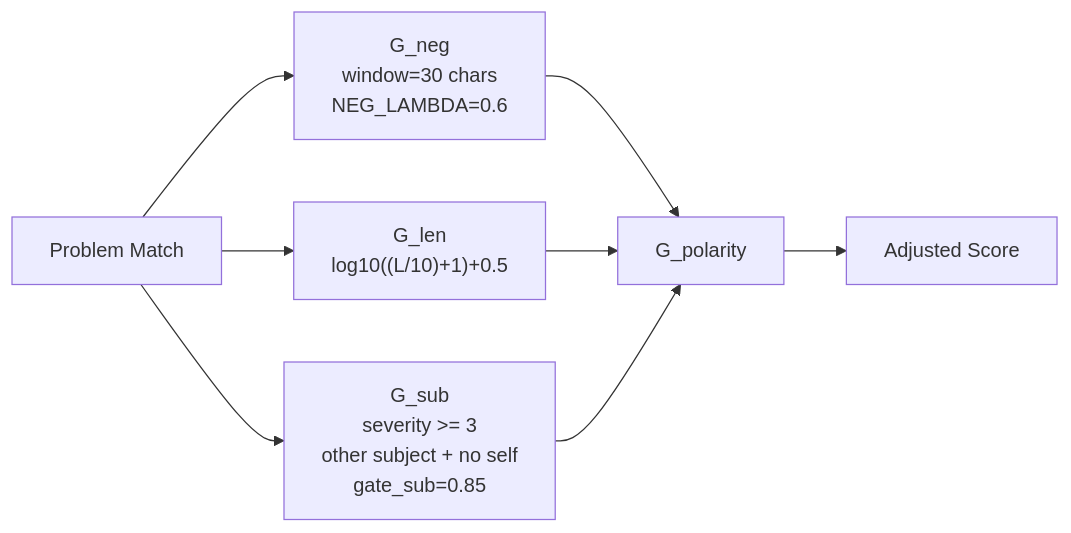
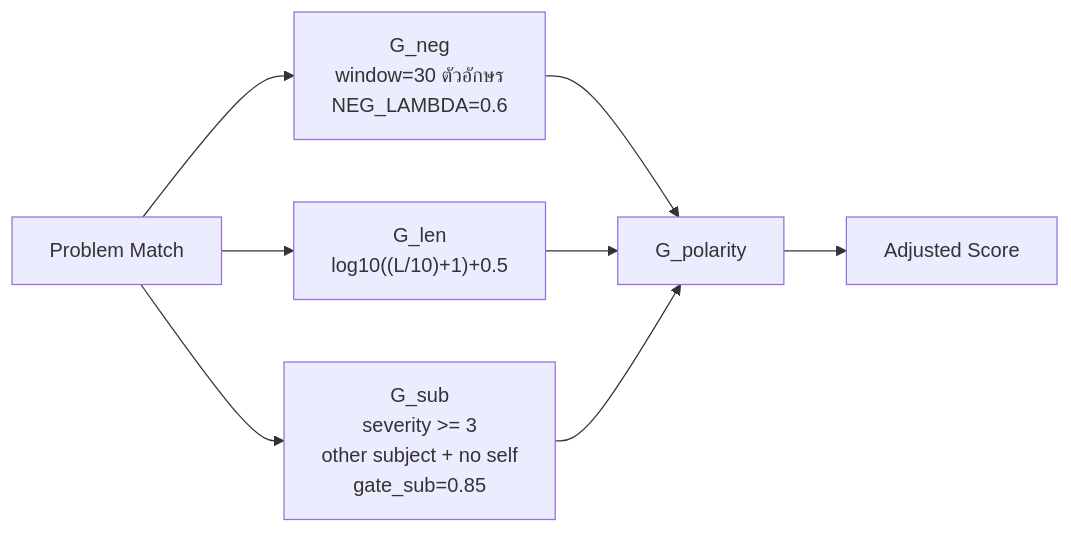
Before and after one commit to Mickeychay/thesis_one-: the fifth of 5 diagrams in md_report/thesis_framework_and_math_flow.md, drawn with Mermaid. The commit also changed other lines of this file and 8 other files, not shown here.

````diff
--- a/md_report/thesis_framework_and_math_flow.md
+++ b/md_report/thesis_framework_and_math_flow.md
@@ -326,10 +322,10 @@
 ```mermaid
 flowchart LR
-    A["Problem Match"] --> B["G_neg<br/>window=30 chars<br/>NEG_LAMBDA=0.6"]
+    A["Problem Match"] --> B["G_neg<br/>window=30 ตัวอักษร<br/>NEG_LAMBDA=0.6"]
     A --> C["G_len<br/>log10((L/10)+1)+0.5"]
     A --> D["G_sub<br/>severity >= 3<br/>other subject + no self<br/>gate_sub=0.85"]
     B --> E["G_polarity"]
     C --> E
     D --> E
     E --> F["Adjusted Score"]
 ```
````
